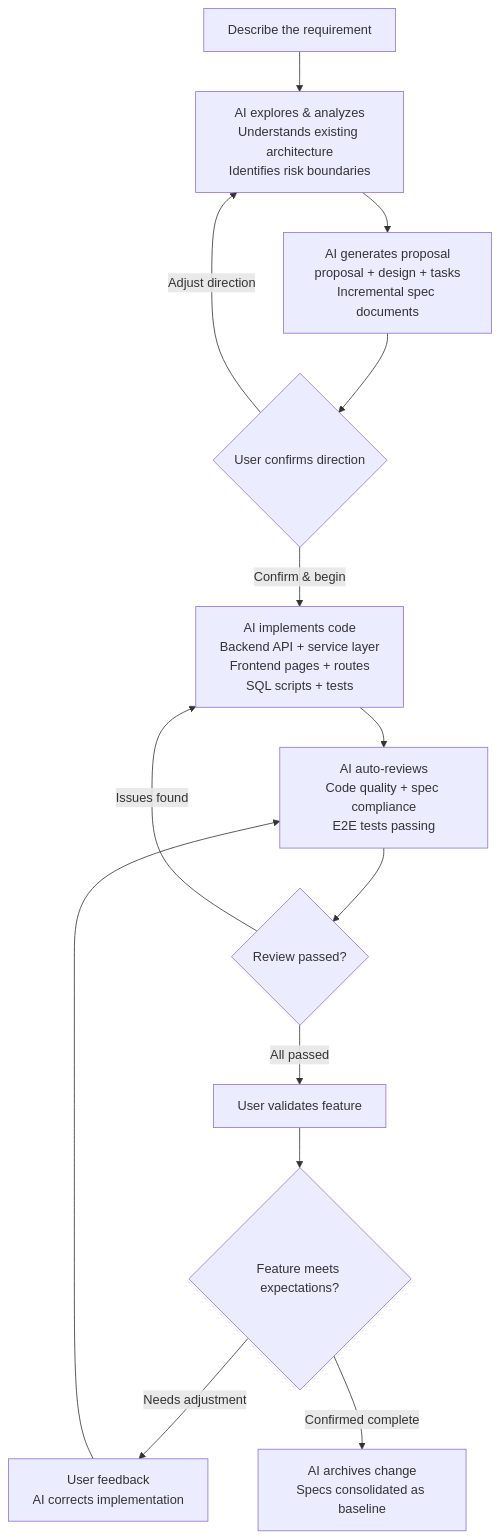
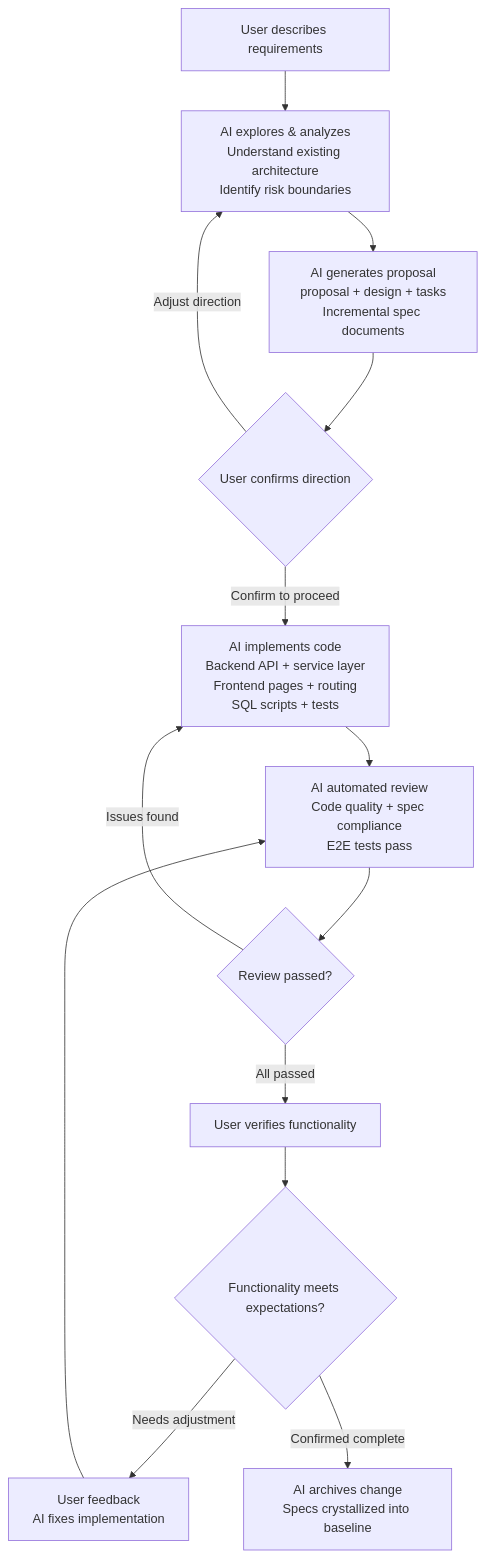
One commit to linaproai/linapro-site changed the first of 2 diagrams in apps/lina-site/i18n/en/docusaurus-plugin-content-docs/current/docs/1000-concepts/1000-ai-native.md. Above: the diagram before and after it, drawn with Mermaid. The commit also changed other lines of this file and 56 other files, not shown here.

Commit message:
Refactor documentation for tenant and user capabilities; enhance clarity and consistency in descriptions, method names, and usage examples. Update overview and architecture sections for improved readability and coherence. Adjust demo instructions and project positioning for better user guidance.

````diff
--- a/apps/lina-site/i18n/en/docusaurus-plugin-content-docs/current/docs/1000-concepts/1000-ai-native.md
+++ b/apps/lina-site/i18n/en/docusaurus-plugin-content-docs/current/docs/1000-concepts/1000-ai-native.md
@@ -66,16 +78,16 @@
 ```mermaid
 flowchart TD
-    A["Describe the requirement"] --> B["AI explores & analyzes\nUnderstands existing architecture\nIdentifies risk boundaries"]
+    A["User describes requirements"] --> B["AI explores & analyzes\nUnderstand existing architecture\nIdentify risk boundaries"]
     B --> C["AI generates proposal\nproposal + design + tasks\nIncremental spec documents"]
     C --> D{"User confirms direction"}
     D -->|"Adjust direction"| B
-    D -->|"Confirm & begin"| E["AI implements code\nBackend API + service layer\nFrontend pages + routes\nSQL scripts + tests"]
-    E --> F["AI auto-reviews\nCode quality + spec compliance\nE2E tests passing"]
+    D -->|"Confirm to proceed"| E["AI implements code\nBackend API + service layer\nFrontend pages + routing\nSQL scripts + tests"]
+    E --> F["AI automated review\nCode quality + spec compliance\nE2E tests pass"]
     F --> G{"Review passed?"}
     G -->|"Issues found"| E
-    G -->|"All passed"| H["User validates feature"]
-    H --> I{"Feature meets expectations?"}
-    I -->|"Needs adjustment"| J["User feedback\nAI corrects implementation"]
+    G -->|"All passed"| H["User verifies functionality"]
+    H --> I{"Functionality meets expectations?"}
+    I -->|"Needs adjustment"| J["User feedback\nAI fixes implementation"]
     J --> F
-    I -->|"Confirmed complete"| K["AI archives change\nSpecs consolidated as baseline"]
+    I -->|"Confirmed complete"| K["AI archives change\nSpecs crystallized into baseline"]
 ```
````
